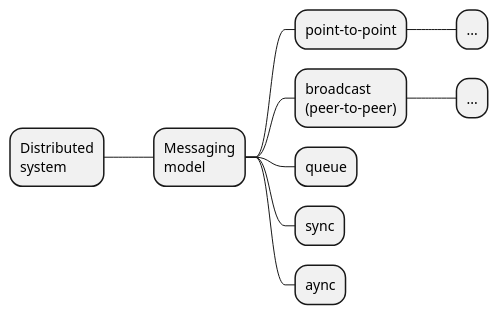
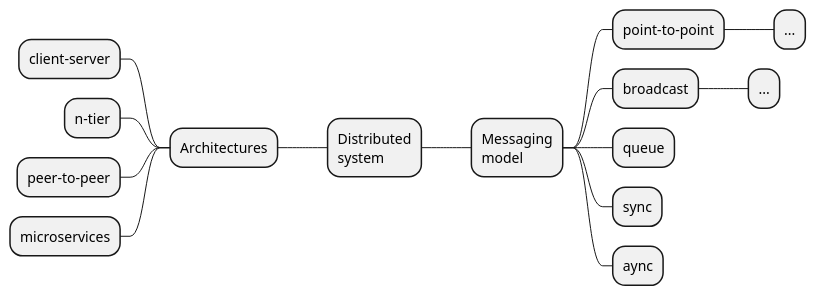
One commit to levplotkin/messaging-roadmap changed the diagram in messaging-roadmap.iuml. Above: the diagram before and after it, drawn with PlantUML.

```diff
--- a/messaging-roadmap.iuml
+++ b/messaging-roadmap.iuml
@@ -1,22 +1,25 @@
 @startmindmap
 
 'Compatible with OrgMode 
 
 * Distributed\nsystem
-
 ** Messaging\nmodel
 *** point-to-point
 **** ...
-*** broadcast\n(peer-to-peer)
+*** broadcast
+
 **** ...
 *** queue
 *** sync
 *** aync
 
 
 
 left side
-
-
+** Architectures
+*** client–server
+*** n-tier
+*** peer-to-peer
+*** microservices
 
 @endmindmap
```
